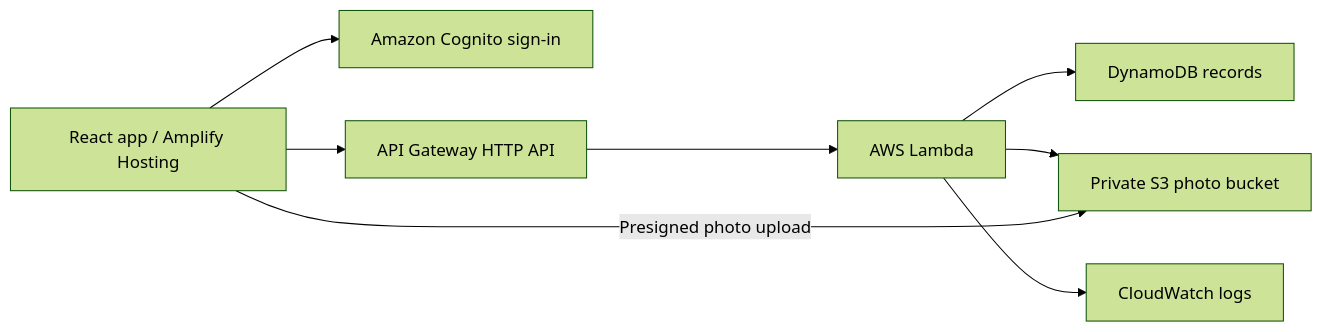
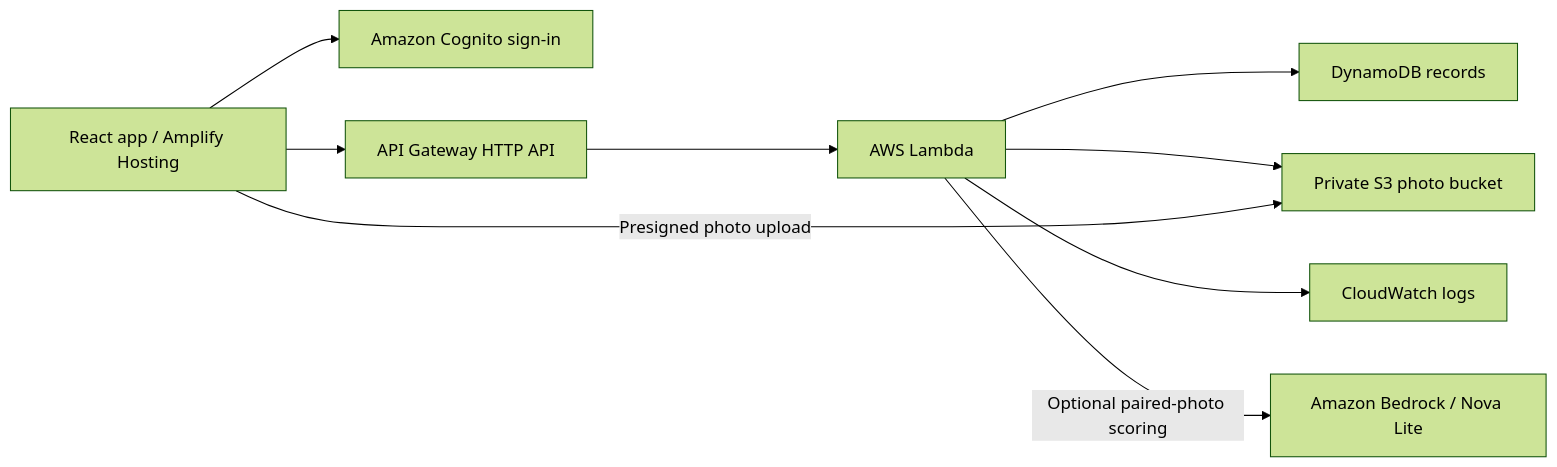
One commit to adityak1609/messwise changed the diagram in README.md. Above: the diagram before and after it, drawn with Mermaid (forest theme). The commit also changed other lines of this file and 22 other files, not shown here.

Commit message:
Add paired-photo Bedrock pilot with human reviews and evaluation

````diff
--- a/README.md
+++ b/README.md
@@ -49,10 +55,11 @@
 ```mermaid
 flowchart LR
   Browser[React app / Amplify Hosting] --> Cognito[Amazon Cognito sign-in]
   Browser --> API[API Gateway HTTP API]
   API --> Lambda[AWS Lambda]
   Lambda --> DB[DynamoDB records]
   Lambda --> S3[Private S3 photo bucket]
   Browser -->|Presigned photo upload| S3
   Lambda --> Logs[CloudWatch logs]
+  Lambda -->|Optional paired-photo scoring| Bedrock[Amazon Bedrock / Nova Lite]
 ```
````
